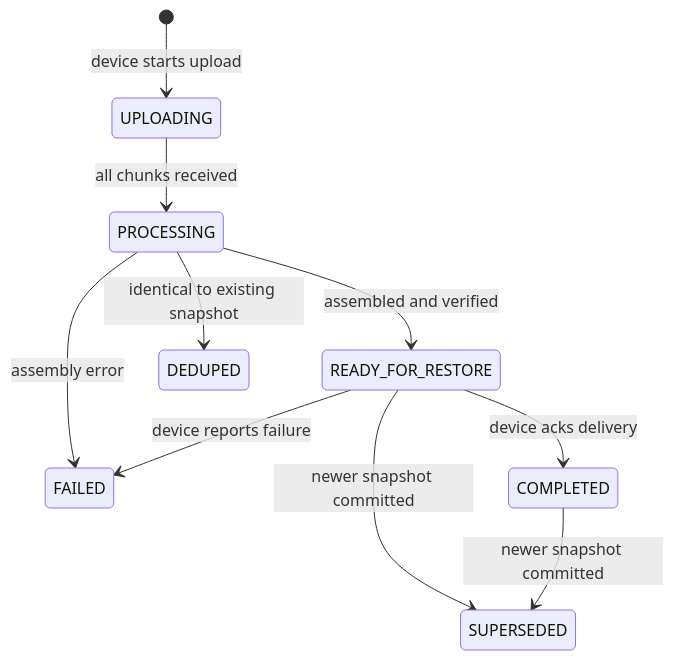
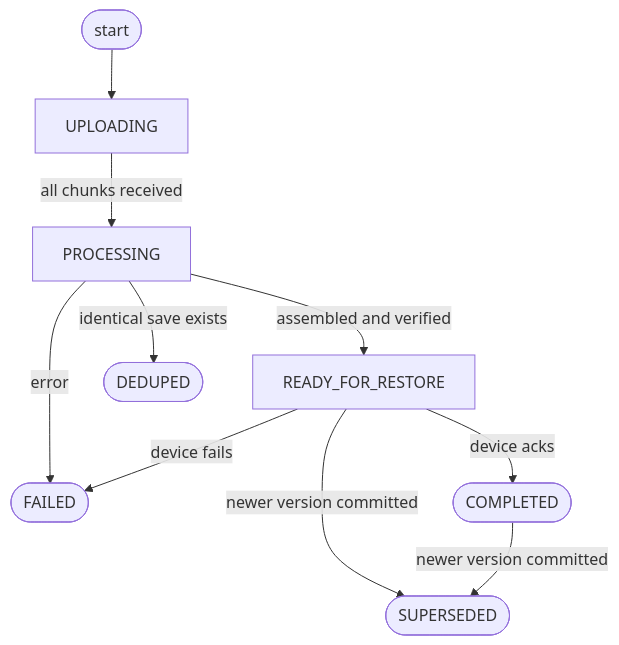
Before and after one commit to kanjieater/OmniSave: the second of 2 diagrams in README.md, drawn with Mermaid.

Commit message:
fix: convert stateDiagram-v2 to flowchart TD for reliable GitHub rendering

````diff
--- a/README.md
+++ b/README.md
@@ -252,12 +252,12 @@
 ```mermaid
-stateDiagram-v2
-    [*] --> UPLOADING : device starts upload
-    UPLOADING --> PROCESSING : all chunks received
-    PROCESSING --> READY_FOR_RESTORE : assembled and verified
-    PROCESSING --> DEDUPED : identical to existing snapshot
-    PROCESSING --> FAILED : assembly error
-    READY_FOR_RESTORE --> COMPLETED : device acks delivery
-    READY_FOR_RESTORE --> FAILED : device reports failure
-    READY_FOR_RESTORE --> SUPERSEDED : newer snapshot committed
-    COMPLETED --> SUPERSEDED : newer snapshot committed
+flowchart TD
+    S([start]) --> UPLOADING
+    UPLOADING -->|all chunks received| PROCESSING
+    PROCESSING -->|assembled and verified| READY_FOR_RESTORE
+    PROCESSING -->|identical save exists| DEDUPED([DEDUPED])
+    PROCESSING -->|error| FAILED([FAILED])
+    READY_FOR_RESTORE -->|device acks| COMPLETED([COMPLETED])
+    READY_FOR_RESTORE -->|device fails| FAILED
+    READY_FOR_RESTORE -->|newer version committed| SUPERSEDED([SUPERSEDED])
+    COMPLETED -->|newer version committed| SUPERSEDED
 ```
````
